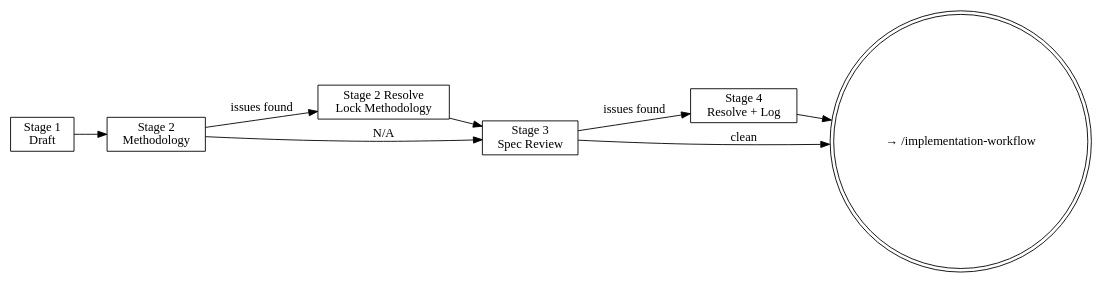
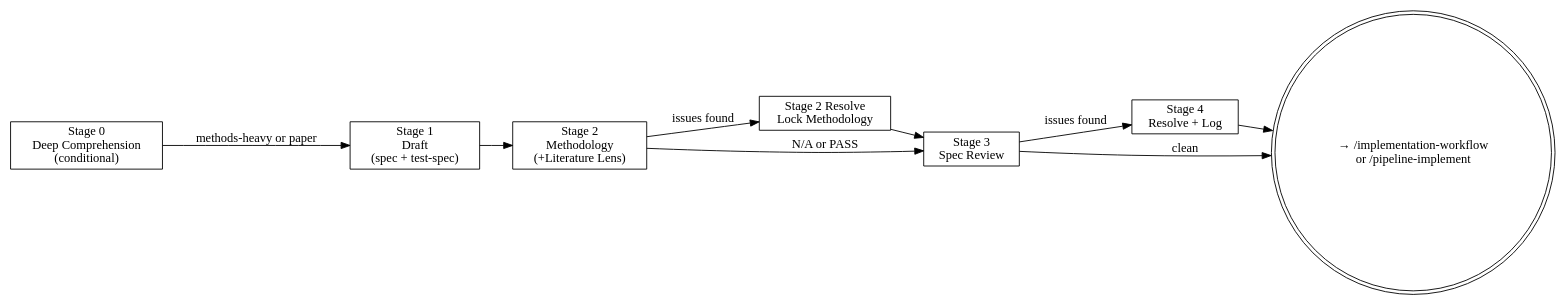
Before and after one commit to JDenn0514/surveywts: the diagram in .claude/skills/spec-workflow/SKILL.md, drawn with Graphviz. The commit also changed other lines of this file and 4 other files, not shown here.

Commit message:
chore(claude): update spec-workflow and implementation-workflow skills

````diff
--- a/.claude/skills/spec-workflow/SKILL.md
+++ b/.claude/skills/spec-workflow/SKILL.md
@@ -32,19 +42,21 @@
 ```dot
 digraph spec_stages {
     rankdir=LR;
-    S1 [label="Stage 1\nDraft", shape=box];
-    S2 [label="Stage 2\nMethodology", shape=box];
+    S0 [label="Stage 0\nDeep Comprehension\n(conditional)", shape=box];
+    S1 [label="Stage 1\nDraft\n(spec + test-spec)", shape=box];
+    S2 [label="Stage 2\nMethodology\n(+Literature Lens)", shape=box];
     S2R [label="Stage 2 Resolve\nLock Methodology", shape=box];
     S3 [label="Stage 3\nSpec Review", shape=box];
     S4 [label="Stage 4\nResolve + Log", shape=box];
-    done [label="→ /implementation-workflow", shape=doublecircle];
+    done [label="→ /implementation-workflow\nor /pipeline-implement", shape=doublecircle];
 
+    S0 -> S1 [label="methods-heavy or paper"];
     S1 -> S2;
     S2 -> S2R [label="issues found"];
-    S2 -> S3 [label="N/A"];
+    S2 -> S3 [label="N/A or PASS"];
     S2R -> S3;
     S3 -> S4 [label="issues found"];
     S3 -> done [label="clean"];
     S4 -> done;
 }
 ```
````
